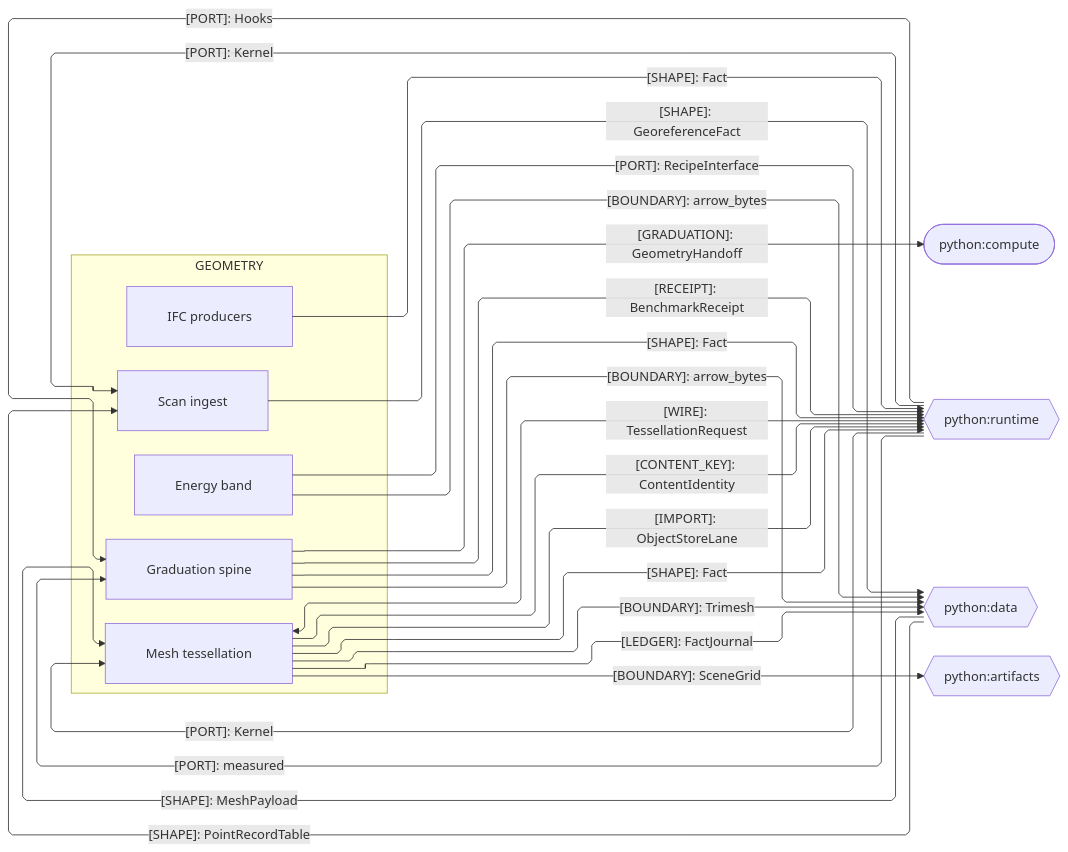
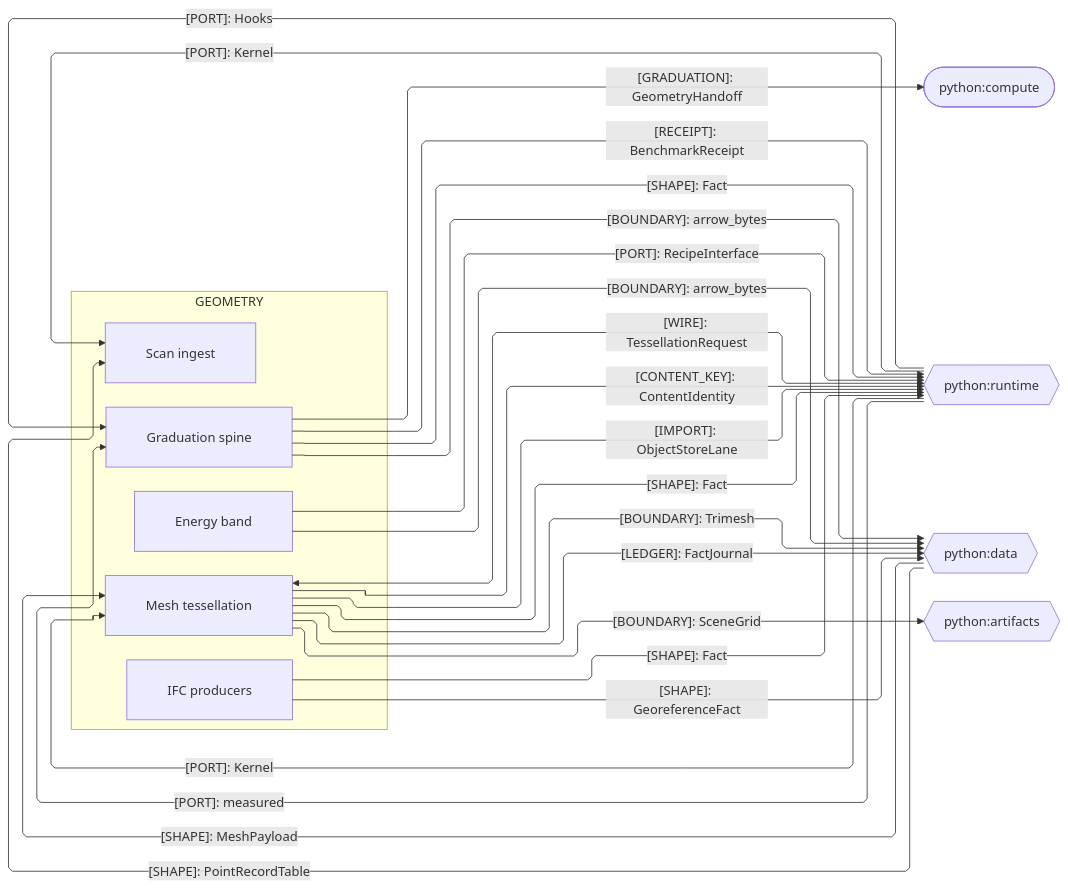
Before and after one commit to bsamiee/Rasm: the third of 3 diagrams in libs/python/geometry/ARCHITECTURE.md, drawn with Mermaid. The commit also changed other lines of this file and 36 other files, not shown here.

````diff
--- a/libs/python/geometry/ARCHITECTURE.md
+++ b/libs/python/geometry/ARCHITECTURE.md
@@ -117,44 +117,44 @@
 ```mermaid
 ---
 config:
   layout: elk
   flowchart:
     curve: linear
     padding: 25
 ---
 flowchart LR
     accTitle: Geometry Python sibling seams
     accDescr: Geometry sub-domain owners exchanging graduation receipts, payloads, ports, and kernel crossings with the Python siblings.
     subgraph geometry[GEOMETRY]
         Graduation[Graduation spine]
         Mesh[Mesh tessellation]
         Ifc[IFC producers]
         Scan[Scan ingest]
         Energy[Energy band]
     end
     Compute([python:compute])
     Runtime{{python:runtime}}
     Data{{python:data}}
     Artifacts{{python:artifacts}}
     Graduation e1@-->|"[GRADUATION]: GeometryHandoff"| Compute
     Graduation e10@-->|"[BOUNDARY]: arrow_bytes"| Data
     Mesh e2@<-->|"[WIRE]: TessellationRequest"| Runtime
     Mesh e3@-->|"[CONTENT_KEY]: ContentIdentity"| Runtime
     Data e4@-->|"[SHAPE]: MeshPayload"| Mesh
     Mesh e5@-->|"[BOUNDARY]: Trimesh"| Data
     Mesh e6@-->|"[BOUNDARY]: SceneGrid"| Artifacts
     Data e7@-->|"[SHAPE]: PointRecordTable"| Scan
     Energy e8@-->|"[PORT]: RecipeInterface"| Runtime
     Energy e9@-->|"[BOUNDARY]: arrow_bytes"| Data
     Graduation e11@-->|"[RECEIPT]: BenchmarkReceipt"| Runtime
     Mesh e16@-->|"[IMPORT]: ObjectStoreLane"| Runtime
     Mesh e17@-->|"[LEDGER]: FactJournal"| Data
     Graduation e19@-->|"[SHAPE]: Fact"| Runtime
+    Ifc e18@-->|"[SHAPE]: GeoreferenceFact"| Data
     Ifc e20@-->|"[SHAPE]: Fact"| Runtime
     Mesh e21@-->|"[SHAPE]: Fact"| Runtime
     Runtime e12@-->|"[PORT]: Kernel"| Mesh
     Runtime e13@-->|"[PORT]: Kernel"| Scan
     Runtime e14@-->|"[PORT]: measured"| Graduation
     Runtime e15@-->|"[PORT]: Hooks"| Graduation
-    Scan e18@-->|"[SHAPE]: GeoreferenceFact"| Data
 ```
````
